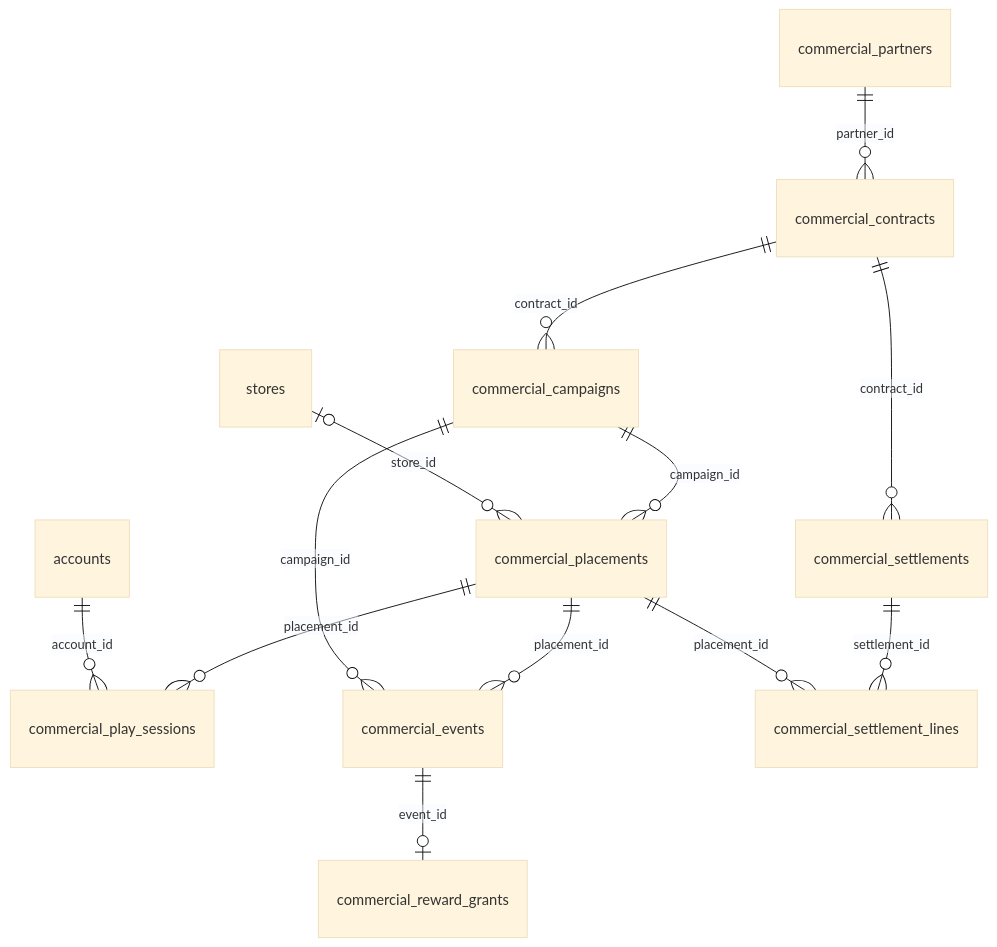
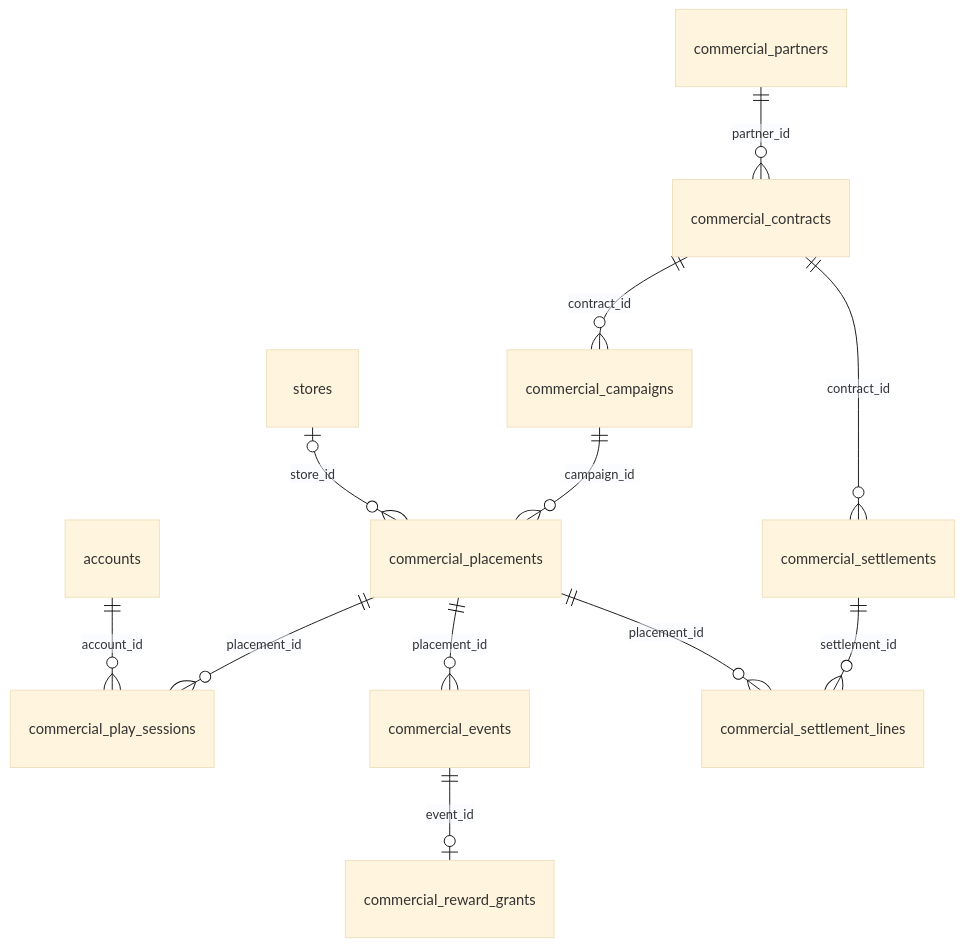
Before and after one commit to hoanganh1601/cyberhub-manager: the fifth of 6 diagrams in docs/diagrams/current_erd.md, drawn with Mermaid (base theme). The commit also changed other lines of this file and 47 other files, not shown here.

Commit message:
feat(db): enforce strict 3NF schema and MySQL integrity guards (028-030)

````diff
--- a/docs/diagrams/current_erd.md
+++ b/docs/diagrams/current_erd.md
@@ -135,15 +140,14 @@
 ```mermaid
 erDiagram
     commercial_partners ||--o{ commercial_contracts : partner_id
     commercial_contracts ||--o{ commercial_campaigns : contract_id
     commercial_campaigns ||--o{ commercial_placements : campaign_id
     stores o|--o{ commercial_placements : store_id
     commercial_placements ||--o{ commercial_play_sessions : placement_id
     accounts ||--o{ commercial_play_sessions : account_id
     commercial_placements ||--o{ commercial_events : placement_id
-    commercial_campaigns ||--o{ commercial_events : campaign_id
     commercial_events ||--o| commercial_reward_grants : event_id
     commercial_contracts ||--o{ commercial_settlements : contract_id
     commercial_settlements ||--o{ commercial_settlement_lines : settlement_id
     commercial_placements ||--o{ commercial_settlement_lines : placement_id
 ```
````
